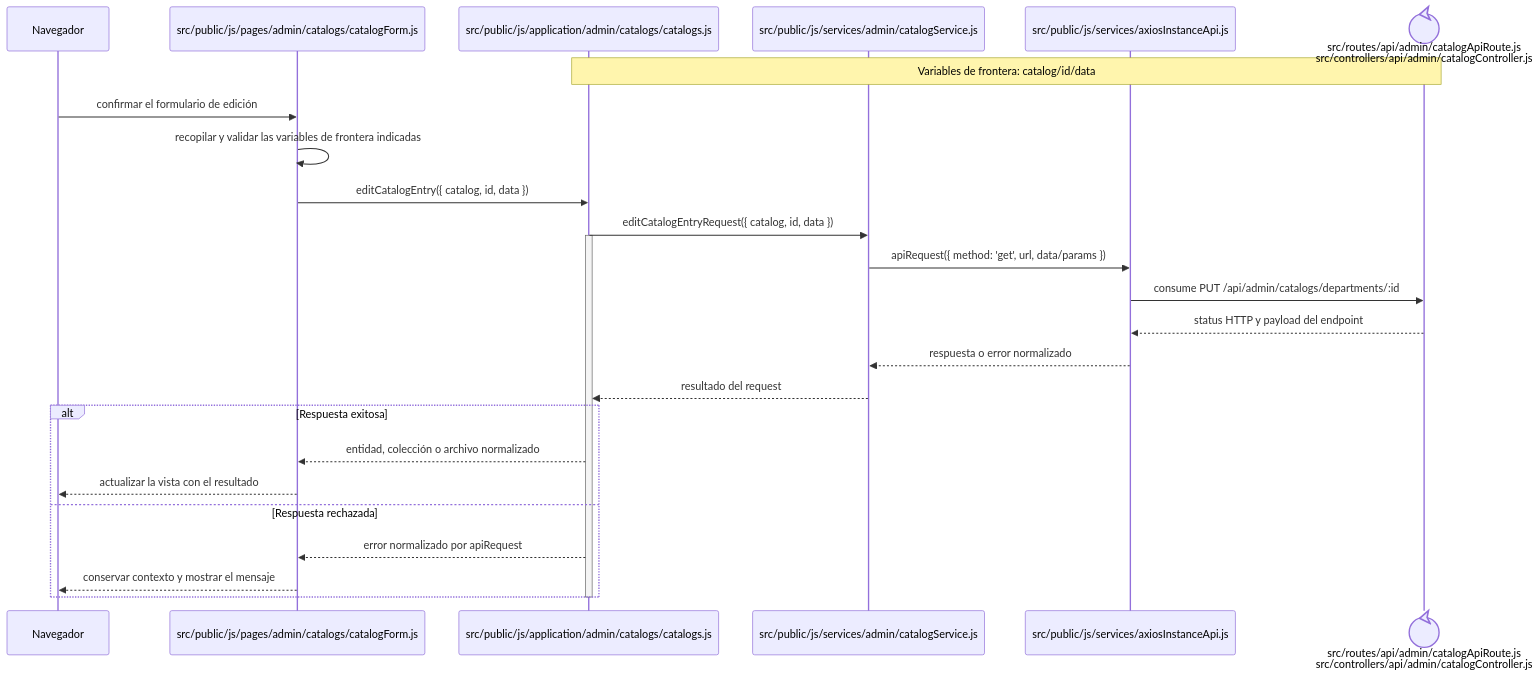
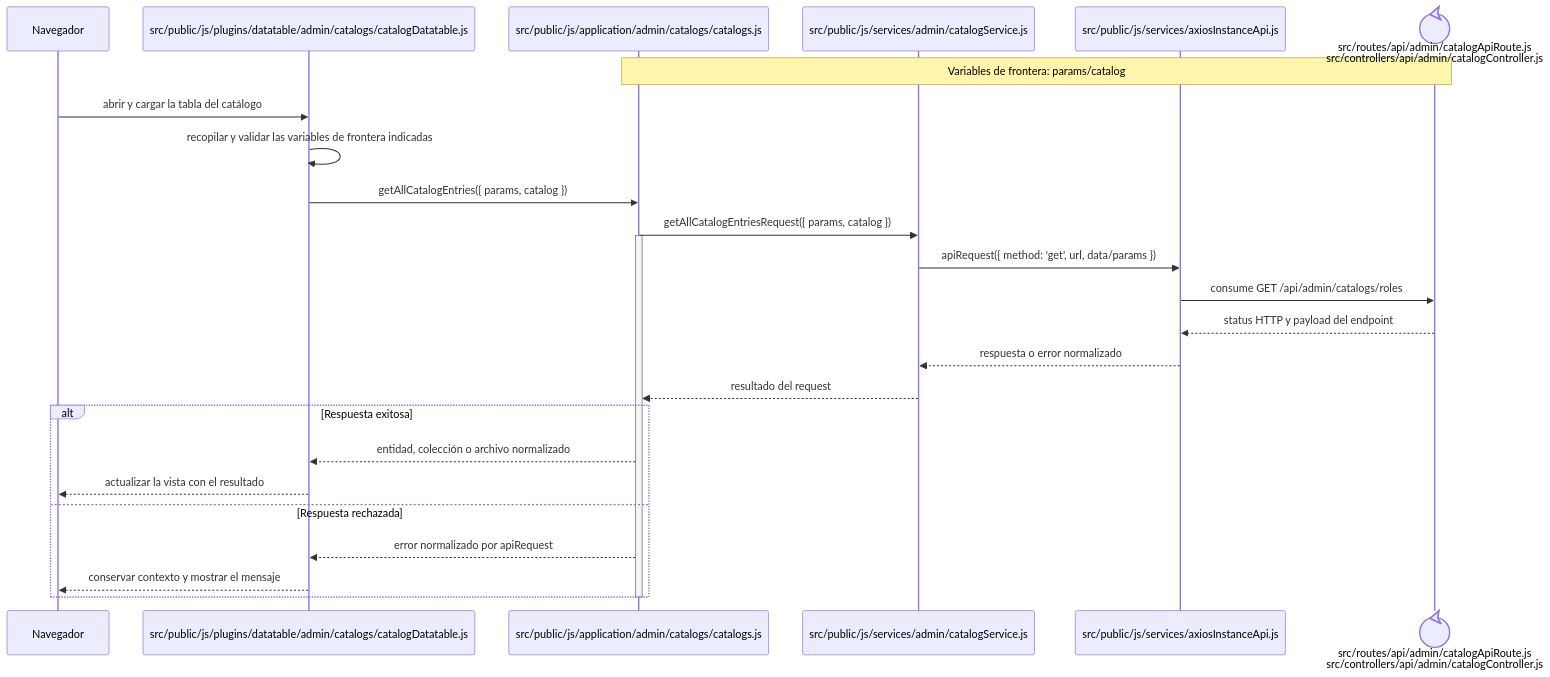
The diagram in docs/architecture/frontend-code-sequences/catalogs/cu-cat-12.md (gpgsistemas01/nexus), drawn with Mermaid before and after one commit. The commit also changed other lines of this file and 167 other files, not shown here.

````diff
--- a/docs/architecture/frontend-code-sequences/catalogs/cu-cat-12.md
+++ b/docs/architecture/frontend-code-sequences/catalogs/cu-cat-12.md
@@ -6,29 +6,29 @@
 ```mermaid
 sequenceDiagram
     participant Browser as Navegador
-    participant View as src/public/js/pages/admin/catalogs/catalogForm.js
+    participant View as src/public/js/plugins/datatable/admin/catalogs/catalogDatatable.js
     participant Application as src/public/js/application/admin/catalogs/catalogs.js
     participant Request as src/public/js/services/admin/catalogService.js
     participant HTTP as src/public/js/services/axiosInstanceApi.js
     participant Transport@{ "type": "control" } as src/routes/api/admin/catalogApiRoute.js<br/>src/controllers/api/admin/catalogController.js
-    Note over Application,Transport: Variables de frontera: catalog/id/data
+    Note over Application,Transport: Variables de frontera: params/catalog
 
-    Browser->>View: confirmar el formulario de edición
+    Browser->>View: abrir y cargar la tabla del catálogo
     View->>View: recopilar y validar las variables de frontera indicadas
-    View->>Application: editCatalogEntry({ catalog, id, data })
-    Application->>Request: editCatalogEntryRequest({ catalog, id, data })
+    View->>Application: getAllCatalogEntries({ params, catalog })
+    Application->>Request: getAllCatalogEntriesRequest({ params, catalog })
     activate Application
     Request->>HTTP: apiRequest({ method: 'get', url, data/params })
-    HTTP->>Transport: consume PUT /api/admin/catalogs/departments/:id
+    HTTP->>Transport: consume GET /api/admin/catalogs/roles
     Transport-->>HTTP: status HTTP y payload del endpoint
     HTTP-->>Request: respuesta o error normalizado
     Request-->>Application: resultado del request
     alt Respuesta exitosa
         Application-->>View: entidad, colección o archivo normalizado
         View-->>Browser: actualizar la vista con el resultado
     else Respuesta rechazada
         Application-->>View: error normalizado por apiRequest
         View-->>Browser: conservar contexto y mostrar el mensaje
     end
     deactivate Application
 ```
````
